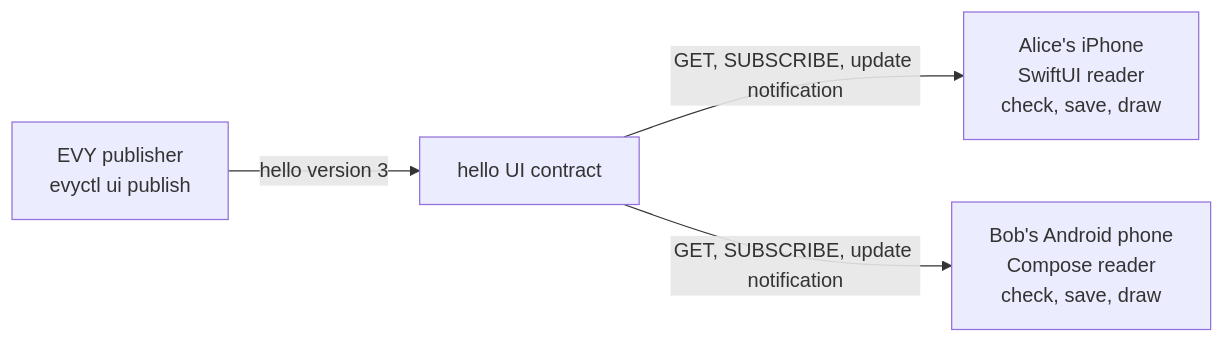
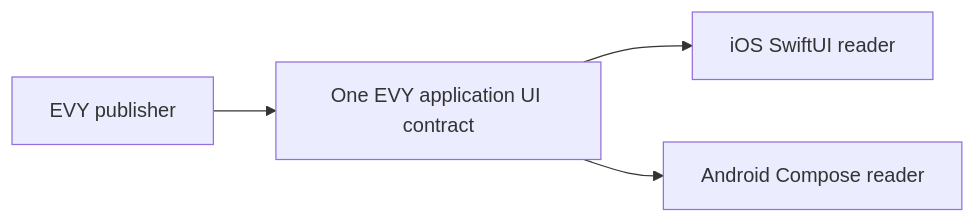
One commit to EVY-Platform/evy-freenet-plans changed the diagram in 2-evy-on-freenet/03-readers.md. Above: the diagram before and after it, drawn with Mermaid. The commit also changed other lines of this file and 35 other files, not shown here.

````diff
--- a/2-evy-on-freenet/03-readers.md
+++ b/2-evy-on-freenet/03-readers.md
@@ -19,6 +15,6 @@
 ```mermaid
 flowchart LR
-    Pub[EVY publisher<br>evyctl ui publish] -->|hello version 3| UI[hello UI contract]
-    UI -->|GET, SUBSCRIBE, update notification| A[Alice's iPhone<br>SwiftUI reader<br>check, save, draw]
-    UI -->|GET, SUBSCRIBE, update notification| B[Bob's Android phone<br>Compose reader<br>check, save, draw]
+  Publisher[EVY publisher] --> UI[One EVY application UI contract]
+  UI --> IOS[iOS SwiftUI reader]
+  UI --> Android[Android Compose reader]
 ```
````
